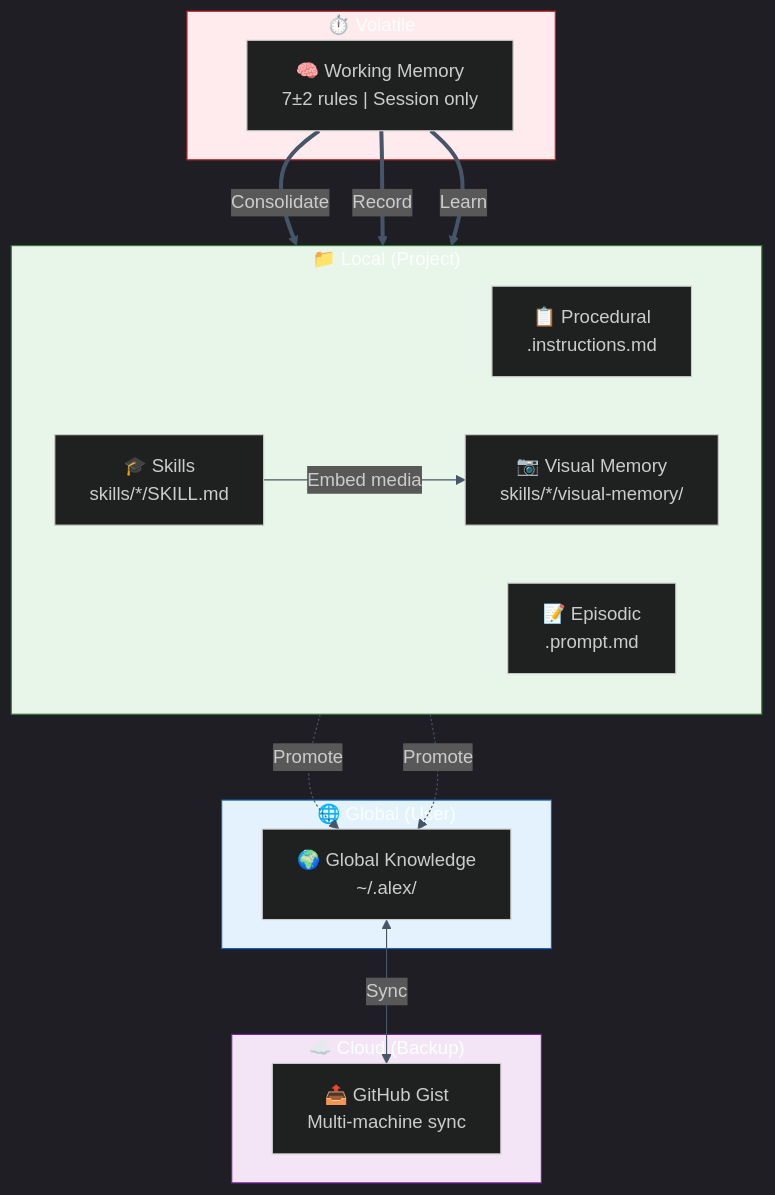
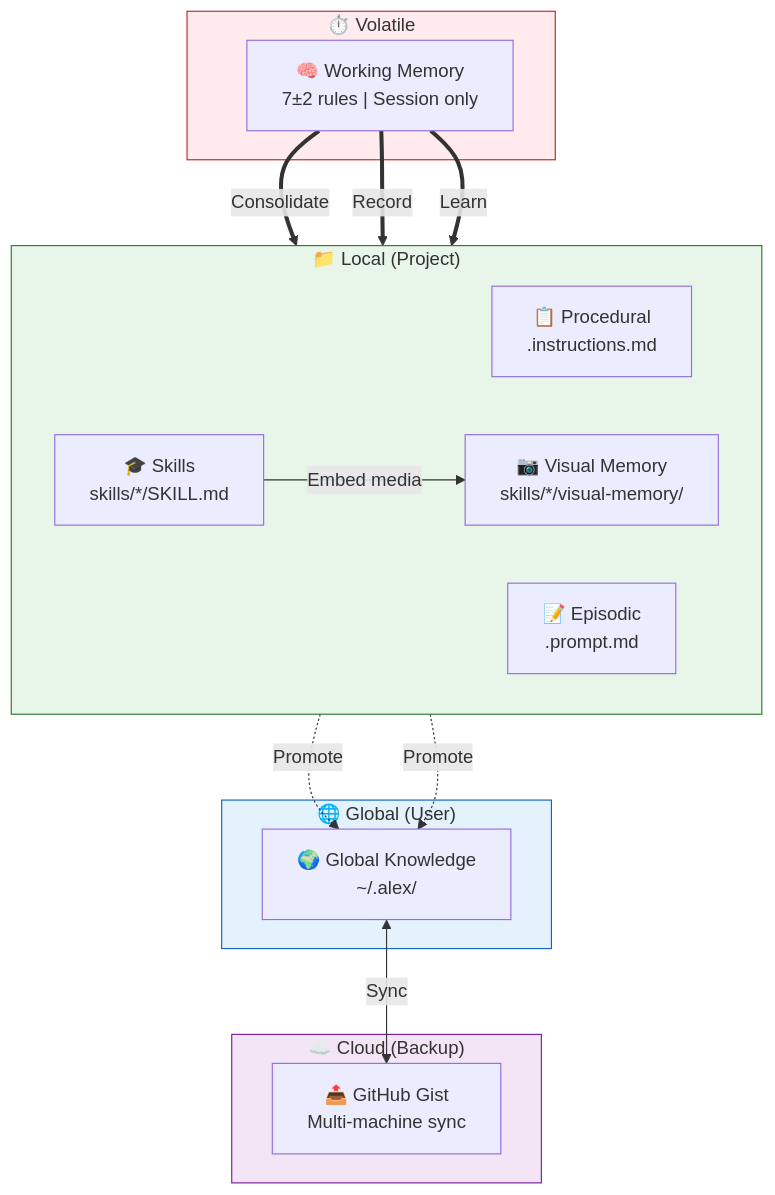
Before and after one commit to fabioc-aloha/Alex_Plug_In: the first of 4 diagrams in alex_docs/architecture/MEMORY-SYSTEMS.md, drawn with Mermaid. The commit also changed other lines of this file, not shown here.

Commit message:
fix: Mermaid diagrams in MEMORY-SYSTEMS.md
- Remove %%{init dark theme}%% blocks from all 4 diagrams (was causing
  opaque dark backgrounds on arrow edge labels)
- Replace \\n with <br/> in node labels across Figure 1 hierarchy diagram
- Remove quoted strings from simple edge labels (Consolidate, Record, etc.)

````diff
--- a/alex_docs/architecture/MEMORY-SYSTEMS.md
+++ b/alex_docs/architecture/MEMORY-SYSTEMS.md
@@ -13,38 +13,37 @@
 ```mermaid
-%%{init: {'theme': 'dark', 'themeVariables': {'background': '#0f172a', 'primaryColor': '#1e293b', 'primaryTextColor': '#f1f5f9', 'primaryBorderColor': '#818cf8', 'lineColor': '#475569', 'secondaryColor': '#1e293b', 'secondaryBorderColor': '#2dd4bf', 'tertiaryColor': '#1e293b', 'fontFamily': 'Segoe UI, system-ui, sans-serif'}}}%%
 flowchart TB
     subgraph WM_LAYER["⏱️ Volatile"]
-        WM["🧠 Working Memory\n7±2 rules | Session only"]
+        WM["🧠 Working Memory<br/>7±2 rules | Session only"]
     end
 
     subgraph LOCAL_LAYER["📁 Local (Project)"]
         direction LR
-        PM["📋 Procedural\n.instructions.md"]
-        EM["📝 Episodic\n.prompt.md"]
-        SK["🎓 Skills\nskills/*/SKILL.md"]
-        VM["📷 Visual Memory\nskills/*/visual-memory/"]
+        PM["📋 Procedural<br/>.instructions.md"]
+        EM["📝 Episodic<br/>.prompt.md"]
+        SK["🎓 Skills<br/>skills/*/SKILL.md"]
+        VM["📷 Visual Memory<br/>skills/*/visual-memory/"]
     end
 
     subgraph GLOBAL_LAYER["🌐 Global (User)"]
-        GK["🌍 Global Knowledge\n~/.alex/"]
+        GK["🌍 Global Knowledge<br/>~/.alex/"]
     end
 
     subgraph CLOUD_LAYER["☁️ Cloud (Backup)"]
-        GIST["📤 GitHub Gist\nMulti-machine sync"]
+        GIST["📤 GitHub Gist<br/>Multi-machine sync"]
     end
 
-    WM ==>|"Consolidate"| PM
-    WM ==>|"Record"| EM
-    WM ==>|"Learn"| SK
-    SK -->|"Embed media"| VM
+    WM ==>|Consolidate| PM
+    WM ==>|Record| EM
+    WM ==>|Learn| SK
+    SK -->|Embed media| VM
 
-    PM -.->|"Promote"| GK
-    SK -.->|"Promote"| GK
+    PM -.->|Promote| GK
+    SK -.->|Promote| GK
 
-    GK <-->|"Sync"| GIST
+    GK <-->|Sync| GIST
 
     style WM_LAYER fill:#ffebee,stroke:#c62828
     style LOCAL_LAYER fill:#e8f5e9,stroke:#2e7d32
     style GLOBAL_LAYER fill:#e3f2fd,stroke:#1565c0
     style CLOUD_LAYER fill:#f3e5f5,stroke:#7b1fa2
 ```
````
